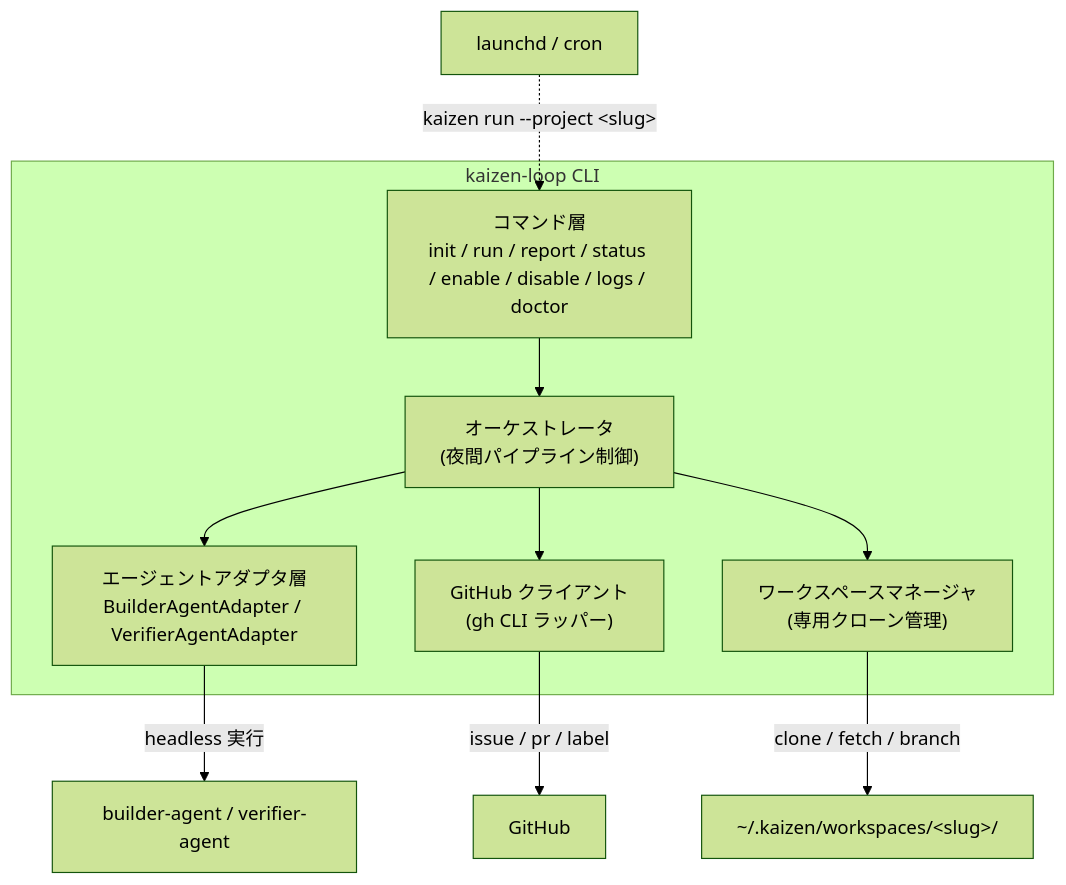
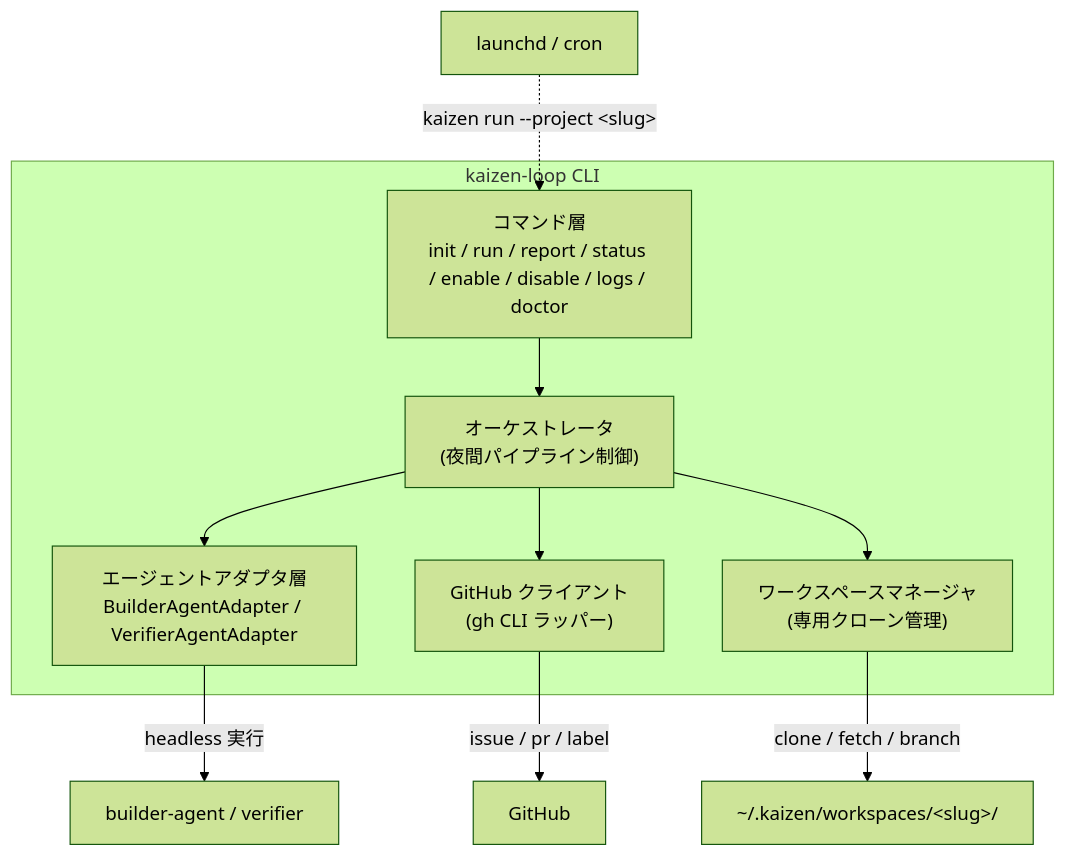
One commit to kaizen-agents-org/kaizen-loop changed the diagram in docs/01-architecture.md. Above: the diagram before and after it, drawn with Mermaid (forest theme). The commit also changed other lines of this file and 12 other files, not shown here.

````diff
--- a/docs/01-architecture.md
+++ b/docs/01-architecture.md
@@ -7,18 +7,18 @@
 ```mermaid
 flowchart TB
     subgraph cli["kaizen-loop CLI"]
         CMD["コマンド層<br/>init / run / report / status / enable / disable / logs / doctor"]
         ORCH["オーケストレータ<br/>(夜間パイプライン制御)"]
         ADAPT["エージェントアダプタ層<br/>BuilderAgentAdapter / VerifierAgentAdapter"]
         GHC["GitHub クライアント<br/>(gh CLI ラッパー)"]
         WSM["ワークスペースマネージャ<br/>(専用クローン管理)"]
     end
     CMD --> ORCH
     ORCH --> ADAPT
     ORCH --> GHC
     ORCH --> WSM
-    ADAPT -->|"headless 実行"| EXT1["builder-agent / verifier-agent"]
+    ADAPT -->|"headless 実行"| EXT1["builder-agent / verifier"]
     GHC -->|"issue / pr / label"| EXT2["GitHub"]
     WSM -->|"clone / fetch / branch"| EXT3["~/.kaizen/workspaces/&lt;slug&gt;/"]
     SCHED["launchd / cron"] -.->|"kaizen run --project &lt;slug&gt;"| CMD
 ```
````
